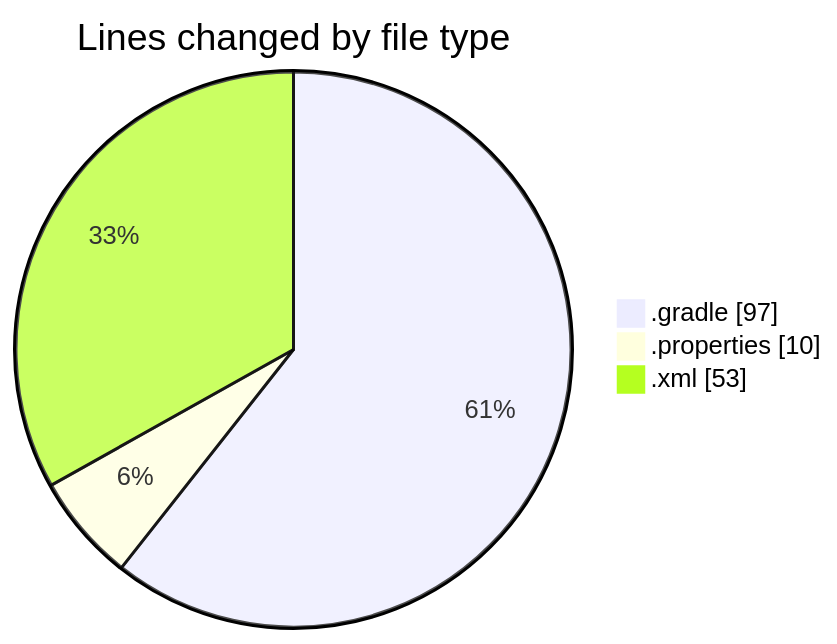
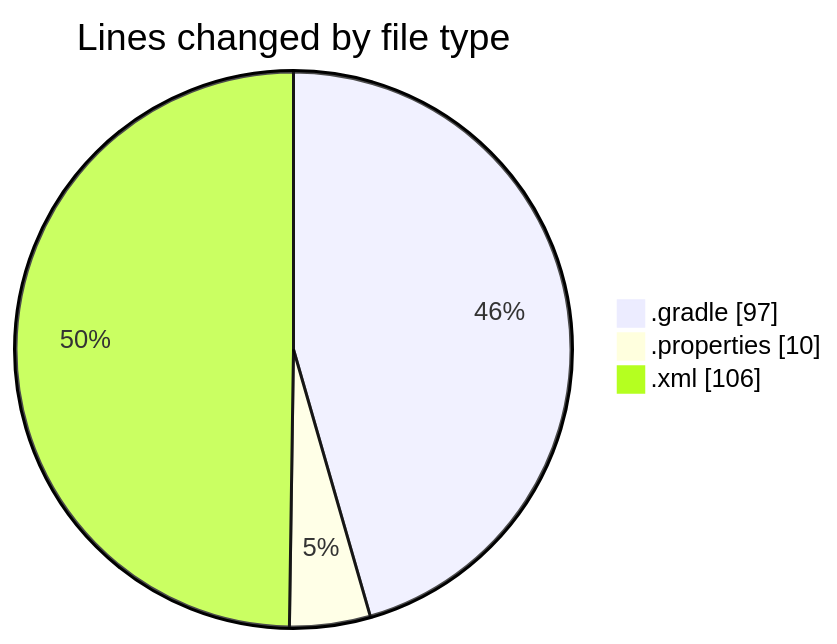
The first of 2 diagrams in 2025-02-01/maps_clone/README.md (donsfak/code-tracking), drawn with Mermaid before and after one commit. The commit also changed other lines of this file and 1 other file, not shown here.

````diff
--- a/2025-02-01/maps_clone/README.md
+++ b/2025-02-01/maps_clone/README.md
@@ -25,7 +25,7 @@
 ```mermaid
 pie showData
 title Lines changed by file type
 ".gradle" : 97
 ".properties" : 10
-".xml" : 53
+".xml" : 106
 ```
````
